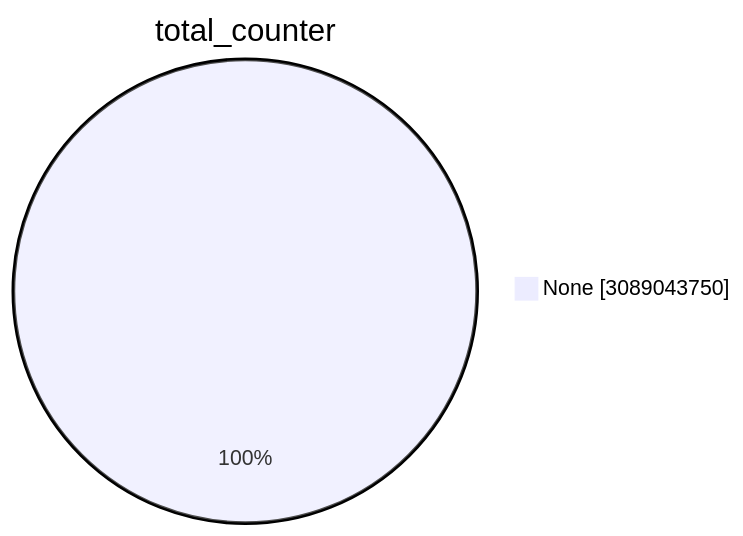
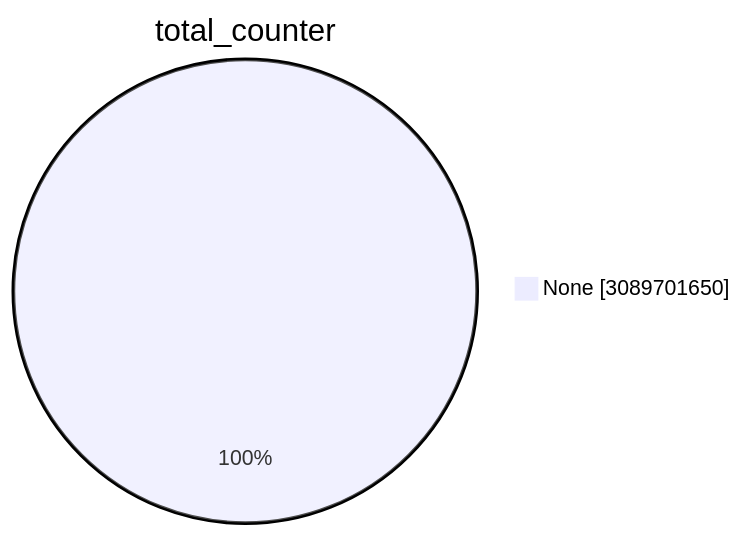
Before and after one commit to christiankrug/ctmonitor_visualization: the first of 15 diagrams in TOTAL/README.md, drawn with Mermaid. The commit also changed other lines of this file, not shown here.

````diff
--- a/TOTAL/README.md
+++ b/TOTAL/README.md
@@ -1,5 +1,5 @@
 ```mermaid
 pie showData
 title total_counter
-"None" :3089043750
+"None" :3089701650
 ```
````
